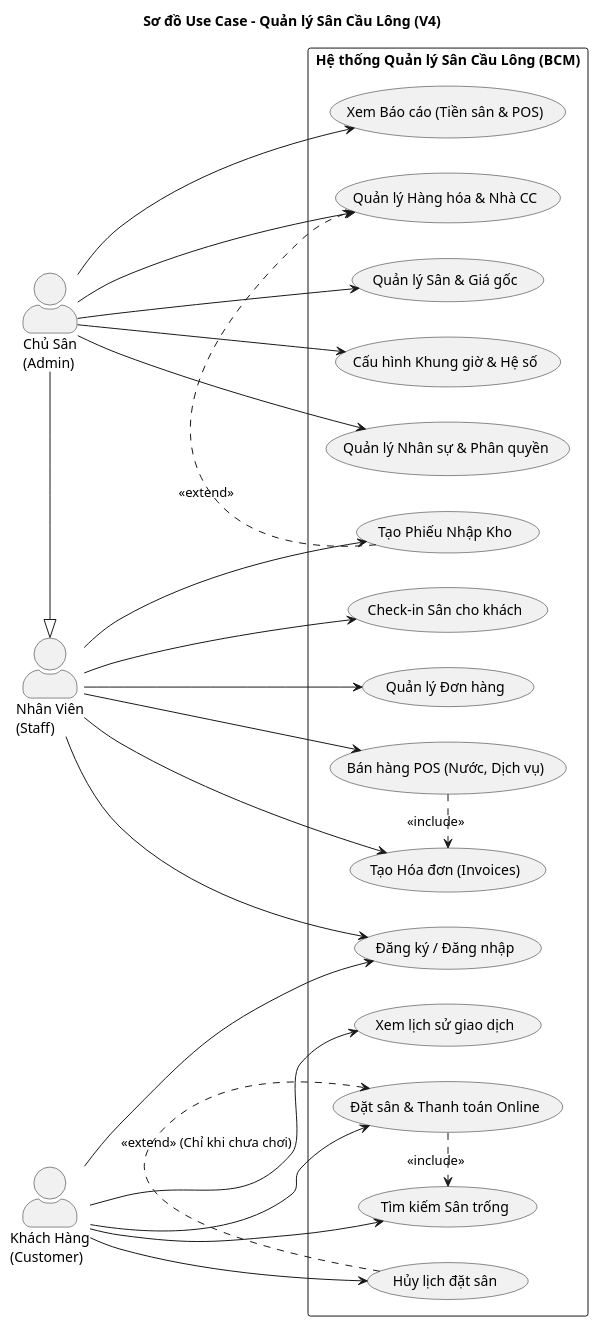
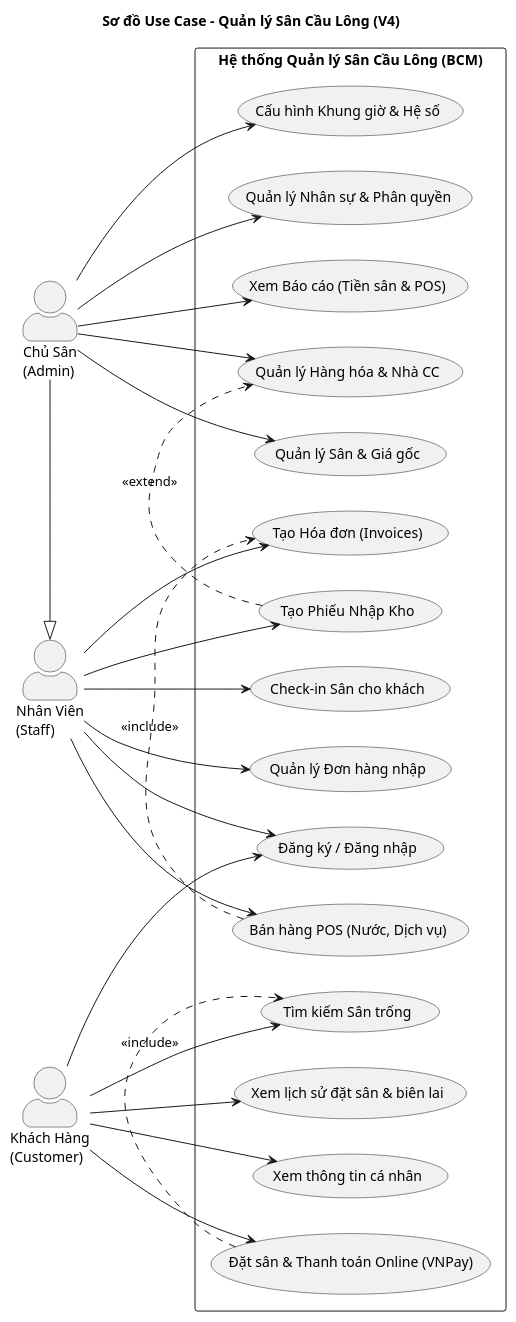
One commit to hung-it/Badminton_Court_Management changed the diagram in docs/usecase.md. Above: the diagram before and after it, drawn with PlantUML. The commit also changed other lines of this file and 17 other files, not shown here.

````diff
--- a/docs/usecase.md
+++ b/docs/usecase.md
@@ -7,67 +9,66 @@
 ```plantuml
 @startuml
 title Sơ đồ Use Case - Quản lý Sân Cầu Lông (V4)
 left to right direction
 skinparam packageStyle rectangle
 skinparam actorStyle awesome
 
 actor "Khách Hàng\n(Customer)" as Customer
 actor "Nhân Viên\n(Staff)" as Staff
 actor "Chủ Sân\n(Admin)" as Admin
 
 ' Admin kế thừa quyền của Staff
 Admin -|> Staff
 
 rectangle "Hệ thống Quản lý Sân Cầu Lông (BCM)" {
     
     ' Tính năng của Khách hàng
     usecase "Đăng ký / Đăng nhập" as UC1
     usecase "Tìm kiếm Sân trống" as UC2
-    usecase "Đặt sân & Thanh toán Online" as UC3
-    usecase "Hủy lịch đặt sân" as UC4
-    usecase "Xem lịch sử giao dịch" as UC5
+    usecase "Đặt sân & Thanh toán Online (VNPay)" as UC3
+    usecase "Xem lịch sử đặt sân & biên lai" as UC4
+    usecase "Xem thông tin cá nhân" as UC5
     
     ' Tính năng của Nhân viên
     usecase "Check-in Sân cho khách" as UC6
     usecase "Bán hàng POS (Nước, Dịch vụ)" as UC7
     usecase "Tạo Hóa đơn (Invoices)" as UC8
     usecase "Tạo Phiếu Nhập Kho" as UC9
-    usecase "Quản lý Đơn hàng" as UC10
+    usecase "Quản lý Đơn hàng nhập" as UC10
     
     ' Tính năng của Admin / Chủ sân
     usecase "Quản lý Sân & Giá gốc" as UC11
     usecase "Cấu hình Khung giờ & Hệ số" as UC12
     usecase "Quản lý Hàng hóa & Nhà CC" as UC13
     usecase "Quản lý Nhân sự & Phân quyền" as UC14
     usecase "Xem Báo cáo (Tiền sân & POS)" as UC15
 }
 
 ' Liên kết Khách Hàng
 Customer --> UC1
 Customer --> UC2
 Customer --> UC3
 Customer --> UC4
 Customer --> UC5
 
 ' Liên kết Nhân Viên
 Staff --> UC1
 Staff --> UC6
 Staff --> UC7
 Staff --> UC8
 Staff --> UC9
 Staff --> UC10
 
 ' Liên kết Admin
 Admin --> UC11
 Admin --> UC12
 Admin --> UC13
 Admin --> UC14
 Admin --> UC15
 
 ' Ràng buộc luồng (Includes / Extends)
 UC3 .> UC2 : <<include>>
-UC4 .> UC3 : <<extend>> (Chỉ khi chưa chơi)
 UC7 .> UC8 : <<include>>
 UC9 .> UC13 : <<extend>>
 @enduml
 ```
````
